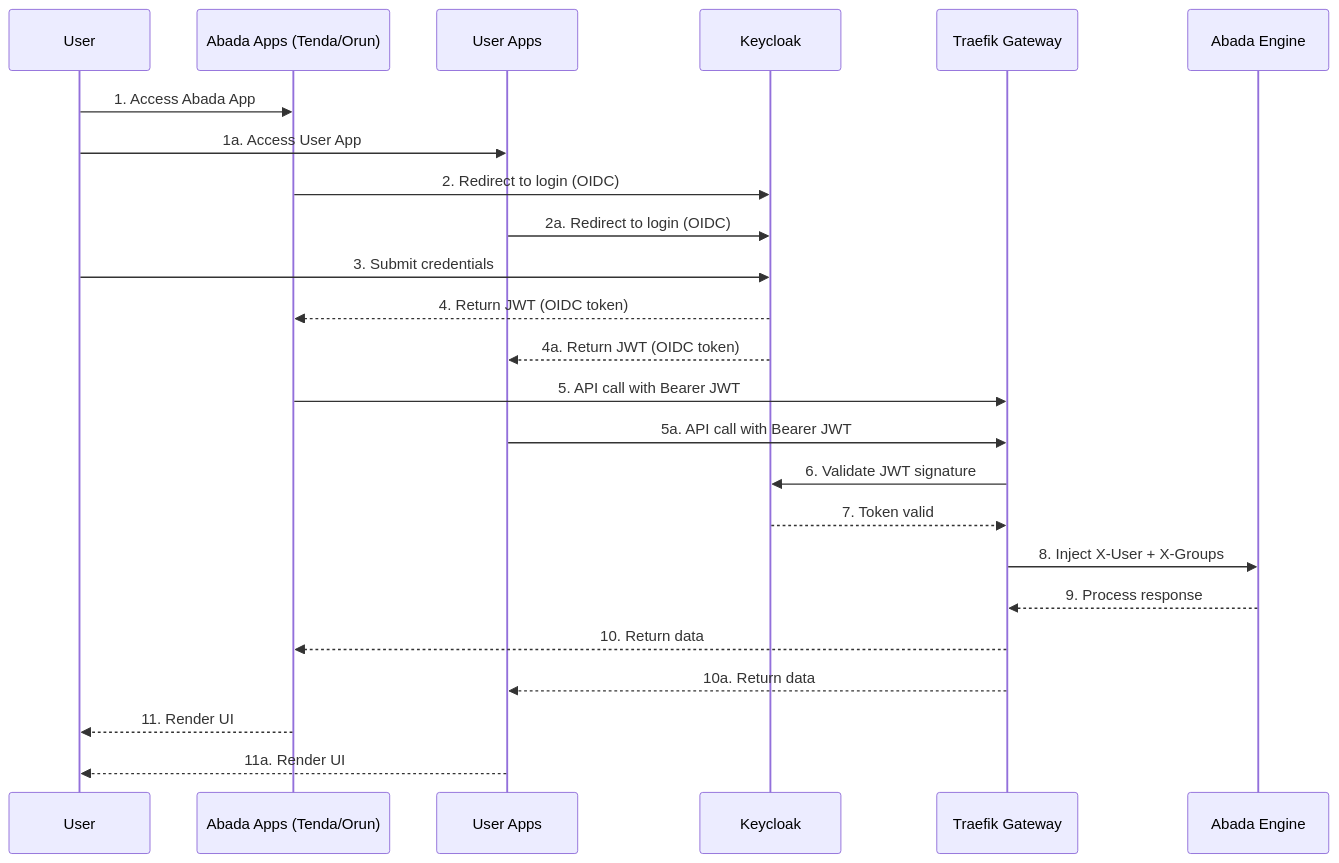
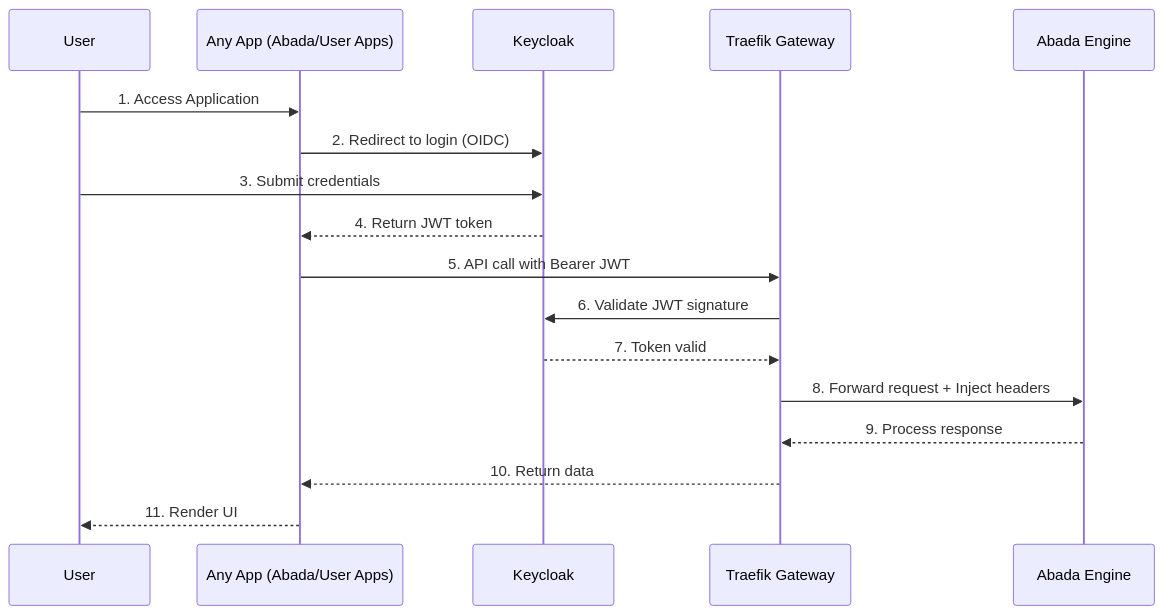
One commit to bashizip/abada-engine changed the second of 2 diagrams in docs/auth-service-archictecture.md. Above: the diagram before and after it, drawn with Mermaid. The commit also changed other lines of this file, not shown here.

Commit message:
fixed architecture diagram

````diff
--- a/docs/auth-service-archictecture.md
+++ b/docs/auth-service-archictecture.md
@@ -76,27 +51,20 @@
 ```mermaid
 sequenceDiagram
     participant U as User
-    participant AA as Abada Apps (Tenda/Orun)
-    participant UA as User Apps
+    participant A as Any App (Abada/User Apps)
     participant KC as Keycloak
     participant GW as Traefik Gateway
     participant AE as Abada Engine
 
-    U->>AA: 1. Access Abada App
-    U->>UA: 1a. Access User App
-    AA->>KC: 2. Redirect to login (OIDC)
-    UA->>KC: 2a. Redirect to login (OIDC)
+    U->>A: 1. Access Application
+    A->>KC: 2. Redirect to login (OIDC)
     U->>KC: 3. Submit credentials
-    KC-->>AA: 4. Return JWT (OIDC token)
-    KC-->>UA: 4a. Return JWT (OIDC token)
-    AA->>GW: 5. API call with Bearer JWT
-    UA->>GW: 5a. API call with Bearer JWT
+    KC-->>A: 4. Return JWT token
+    A->>GW: 5. API call with Bearer JWT
     GW->>KC: 6. Validate JWT signature
     KC-->>GW: 7. Token valid
-    GW->>AE: 8. Inject X-User + X-Groups
+    GW->>AE: 8. Forward request + Inject headers
     AE-->>GW: 9. Process response
-    GW-->>AA: 10. Return data
-    GW-->>UA: 10a. Return data
-    AA-->>U: 11. Render UI
-    UA-->>U: 11a. Render UI
+    GW-->>A: 10. Return data
+    A-->>U: 11. Render UI
 ```
````
